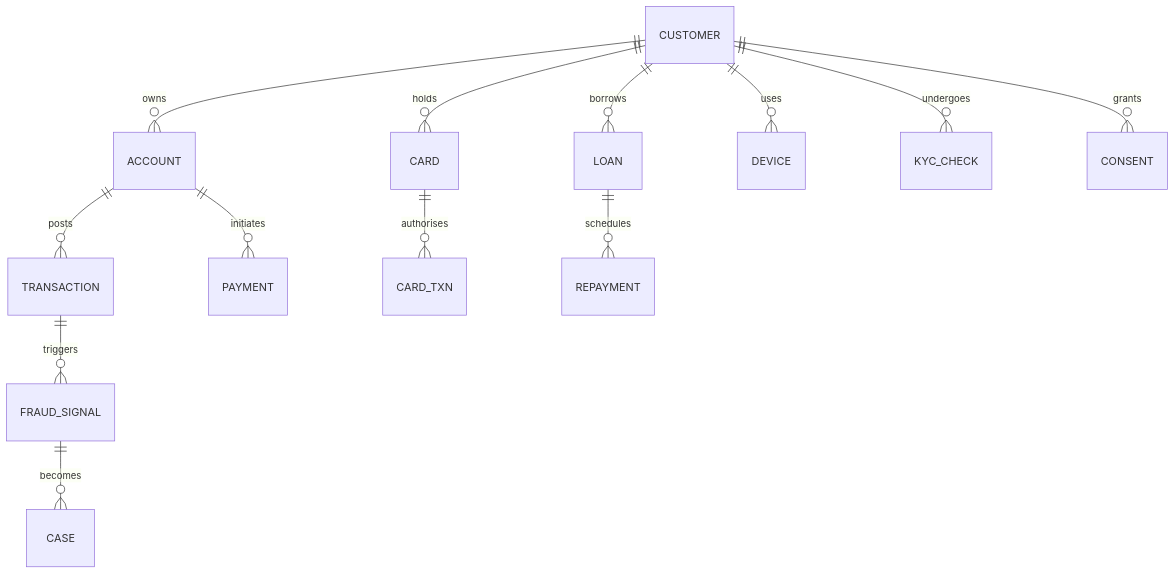
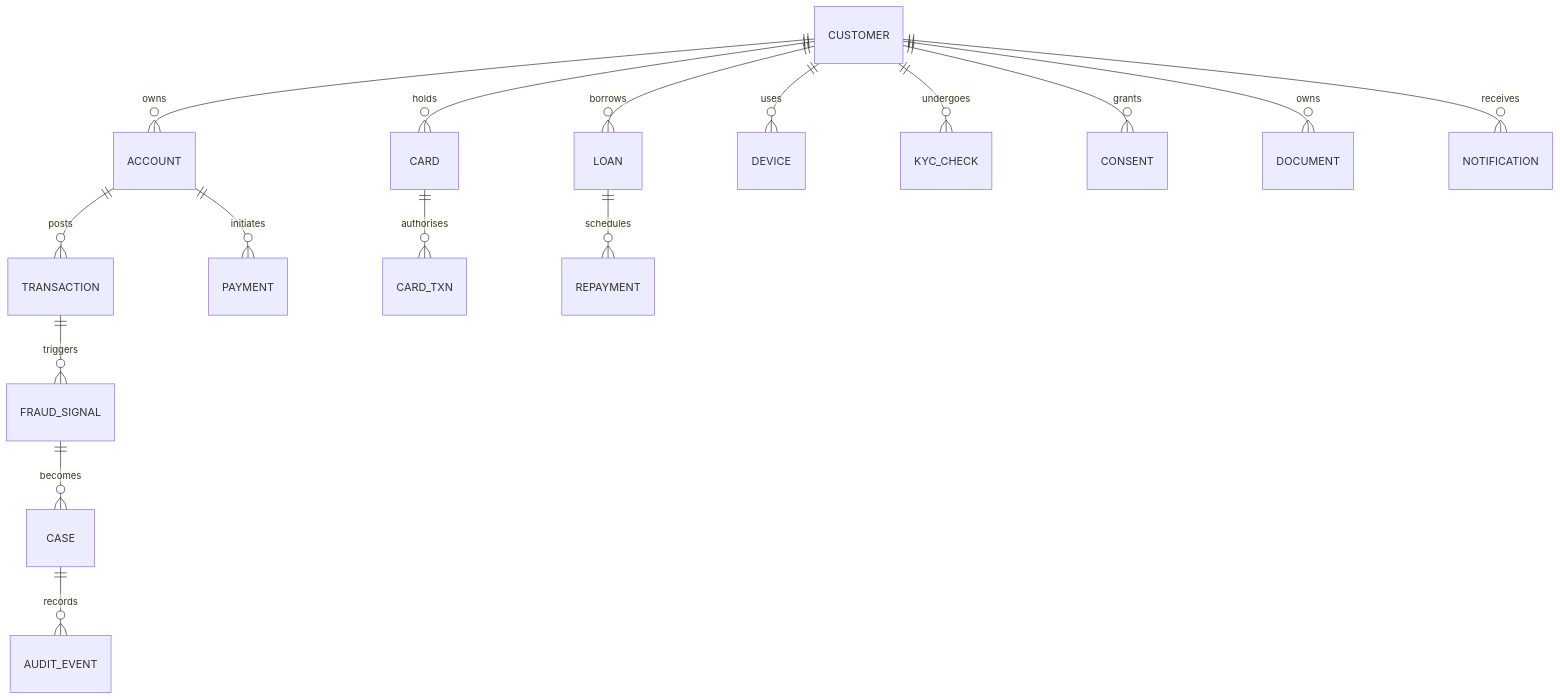
One commit to jsavinash/aegis-bank changed the diagram in aegis-documentation/03_system_and_architecture/06_data_model_and_storage/02_database_schemas_and_erd.md. Above: the diagram before and after it, drawn with Mermaid. The commit also changed other lines of this file, not shown here.

First line of the commit message:
docs: expand DB schemas/ERD coverage

````diff
--- a/aegis-documentation/03_system_and_architecture/06_data_model_and_storage/02_database_schemas_and_erd.md
+++ b/aegis-documentation/03_system_and_architecture/06_data_model_and_storage/02_database_schemas_and_erd.md
@@ -5,15 +5,18 @@
 ```mermaid
 erDiagram
     CUSTOMER ||--o{ ACCOUNT : owns
     CUSTOMER ||--o{ CARD : holds
     CUSTOMER ||--o{ LOAN : borrows
     CUSTOMER ||--o{ DEVICE : uses
+    CUSTOMER ||--o{ KYC_CHECK : undergoes
+    CUSTOMER ||--o{ CONSENT : grants
+    CUSTOMER ||--o{ DOCUMENT : owns
     ACCOUNT ||--o{ TRANSACTION : posts
     ACCOUNT ||--o{ PAYMENT : initiates
     CARD ||--o{ CARD_TXN : authorises
     LOAN ||--o{ REPAYMENT : schedules
-    CUSTOMER ||--o{ KYC_CHECK : undergoes
-    CUSTOMER ||--o{ CONSENT : grants
     TRANSACTION ||--o{ FRAUD_SIGNAL : triggers
     FRAUD_SIGNAL ||--o{ CASE : becomes
+    CASE ||--o{ AUDIT_EVENT : records
+    CUSTOMER ||--o{ NOTIFICATION : receives
 ```
````
